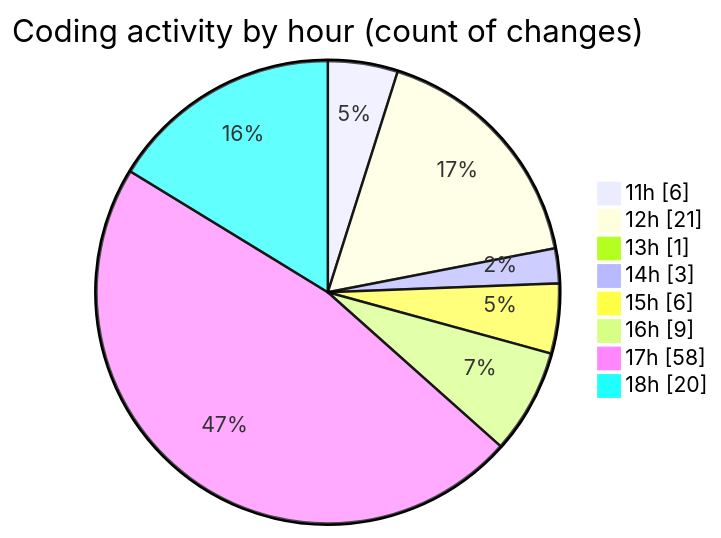
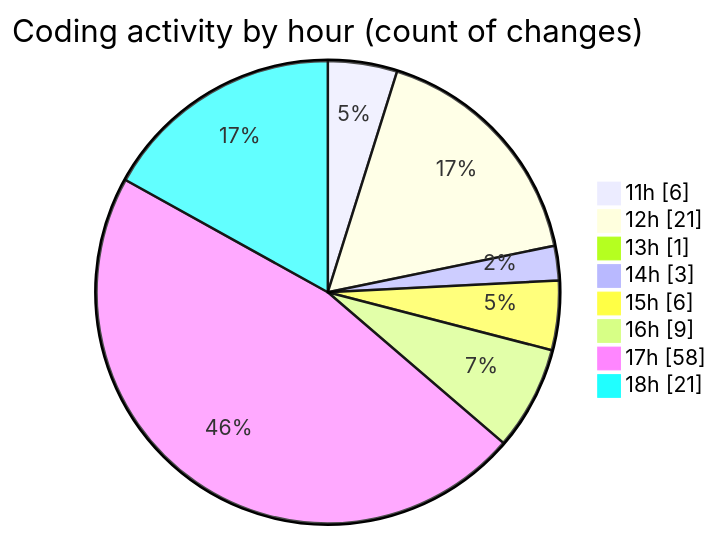
Before and after one commit to nxtqubesakshisongat/code-tracking: the second of 2 diagrams in 2025-04-16/nxtqube_webapp/README.md, drawn with Mermaid. The commit also changed other lines of this file and 1 other file, not shown here.

````diff
--- a/2025-04-16/nxtqube_webapp/README.md
+++ b/2025-04-16/nxtqube_webapp/README.md
@@ -34,12 +34,12 @@
 ```mermaid
 pie showData
 title Coding activity by hour (count of changes)
 "11h" : 6
 "12h" : 21
 "13h" : 1
 "14h" : 3
 "15h" : 6
 "16h" : 9
 "17h" : 58
-"18h" : 20
+"18h" : 21
 ```
````
